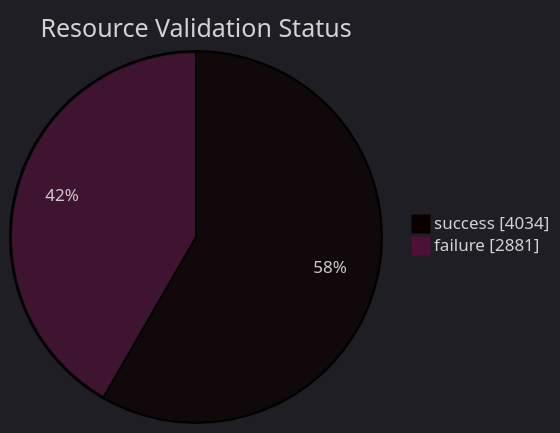
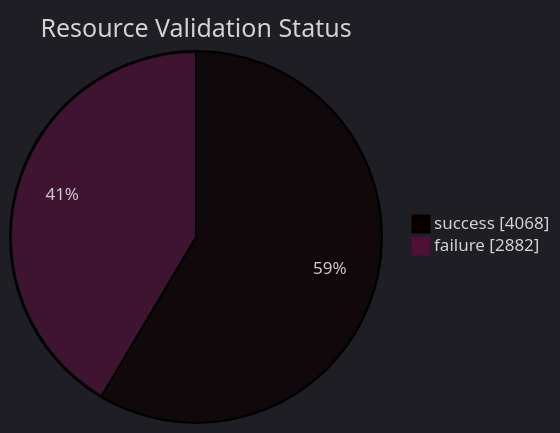
One commit to open-data/analytics-corporate-reporting changed the diagram in datastore_tracker/resource_validation_status_pie_chart.md. Above: the diagram before and after it, drawn with Mermaid. The commit also changed 11 other files, not shown here.

````diff
--- a/datastore_tracker/resource_validation_status_pie_chart.md
+++ b/datastore_tracker/resource_validation_status_pie_chart.md
@@ -2,9 +2,9 @@
 ```mermaid
 ---
 config:
   theme: dark
 ---
 pie showData title Resource Validation Status
-    "success": 4034
-    "failure": 2881
+    "success": 4068
+    "failure": 2882
 ```
````
